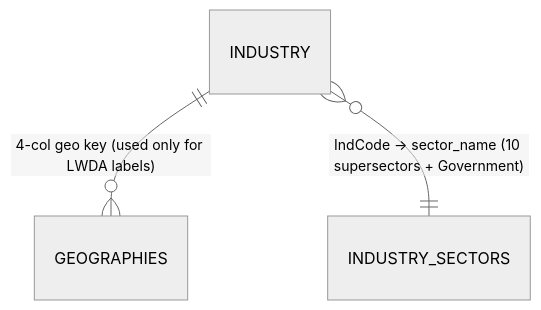
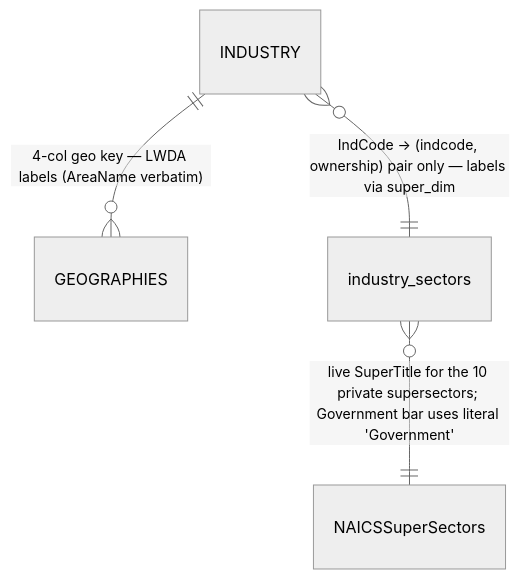
Before and after one commit to ktroutt78/VA-Works-Dashboards: the fourth of 4 diagrams in docs/handover/front-page-dashboard.md, drawn with Mermaid (neutral theme). The commit also changed other lines of this file and 4 other files, not shown here.

````diff
--- a/docs/handover/front-page-dashboard.md
+++ b/docs/handover/front-page-dashboard.md
@@ -298,5 +311,6 @@
 ```mermaid
 erDiagram
-    INDUSTRY ||--o{ GEOGRAPHIES : "4-col geo key (used only for LWDA labels)"
-    INDUSTRY }o--|| INDUSTRY_SECTORS : "IndCode → sector_name (10 supersectors + Government)"
+    INDUSTRY ||--o{ GEOGRAPHIES      : "4-col geo key — LWDA labels (AreaName verbatim)"
+    INDUSTRY }o--|| industry_sectors : "IndCode → (indcode, ownership) pair only — labels via super_dim"
+    industry_sectors }o--|| NAICSSuperSectors : "live SuperTitle for the 10 private supersectors; Government bar uses literal 'Government'"
 ```
````
